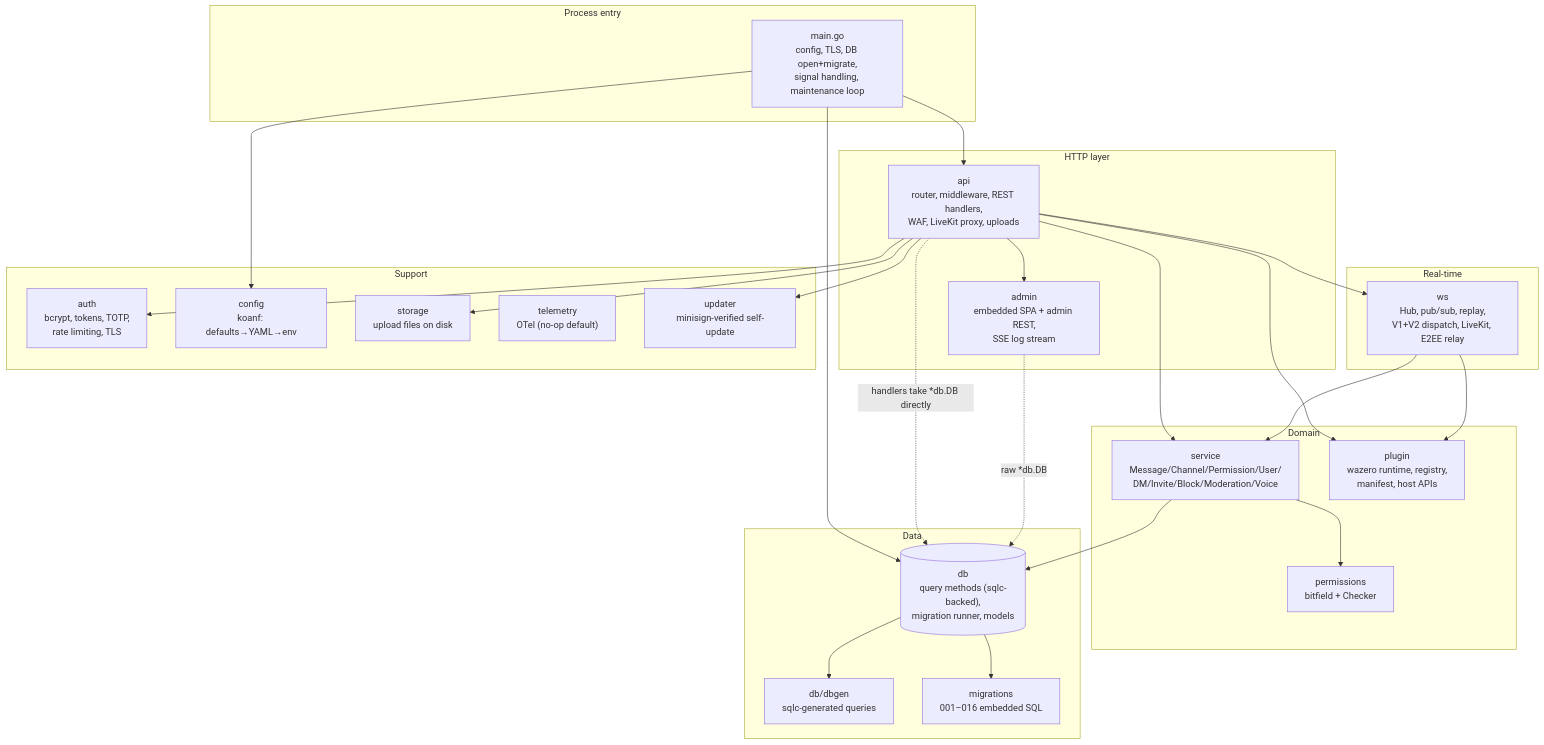
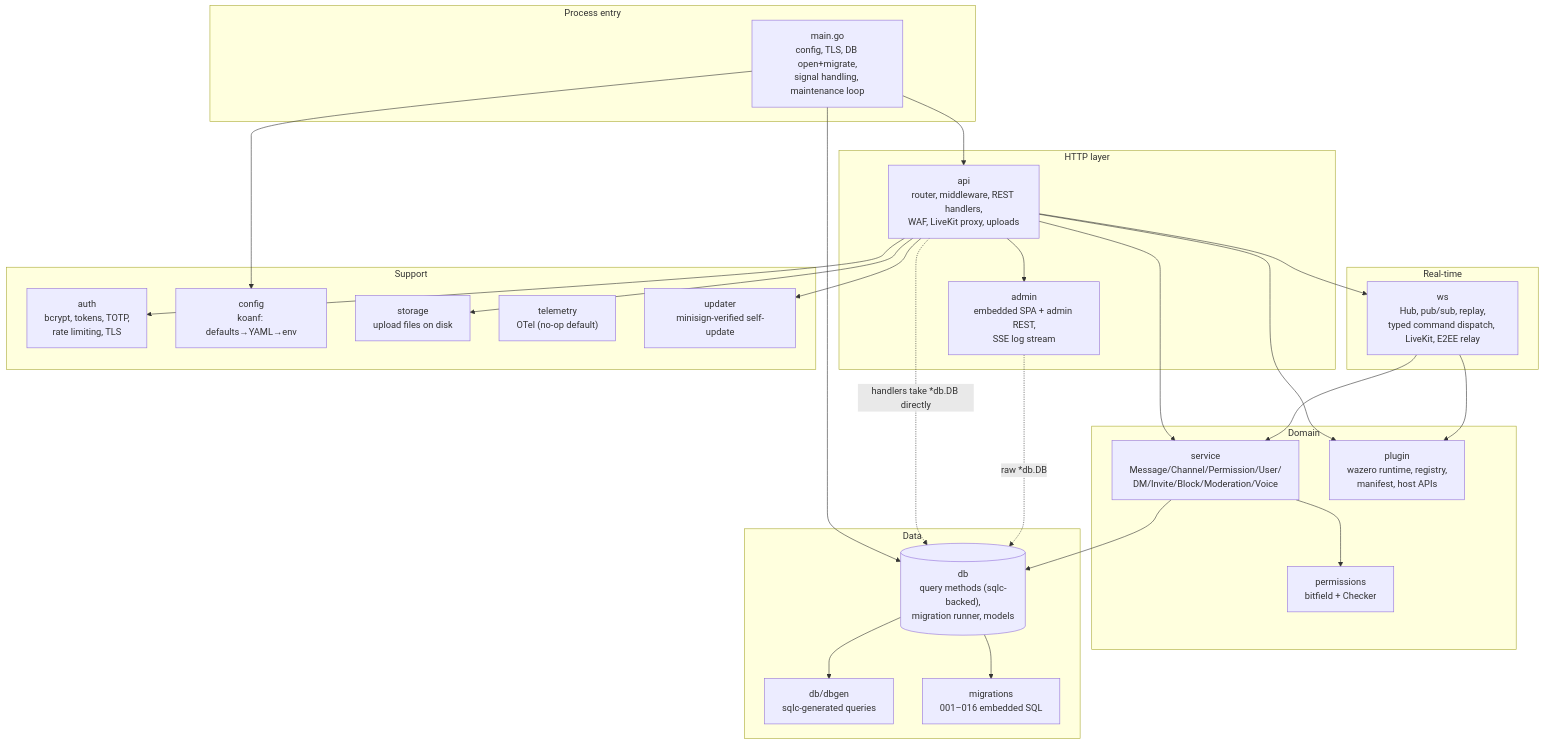
The first of 2 diagrams in docs/architecture/server.md (J3vb/OwnCord), drawn with Mermaid before and after one commit. The commit also changed 5 other files, not shown here.

````diff
--- a/docs/architecture/server.md
+++ b/docs/architecture/server.md
@@ -12,56 +12,56 @@
 ```mermaid
 flowchart TB
     subgraph entry ["Process entry"]
         MAIN["main.go<br/>config, TLS, DB open+migrate,<br/>signal handling, maintenance loop"]
     end
 
     subgraph http ["HTTP layer"]
         API["api<br/>router, middleware, REST handlers,<br/>WAF, LiveKit proxy, uploads"]
         ADMIN["admin<br/>embedded SPA + admin REST,<br/>SSE log stream"]
     end
 
     subgraph realtime ["Real-time"]
-        WS["ws<br/>Hub, pub/sub, replay,<br/>V1+V2 dispatch, LiveKit, E2EE relay"]
+        WS["ws<br/>Hub, pub/sub, replay,<br/>typed command dispatch, LiveKit, E2EE relay"]
     end
 
     subgraph domain ["Domain"]
         SVC["service<br/>Message/Channel/Permission/User/<br/>DM/Invite/Block/Moderation/Voice"]
         PERM["permissions<br/>bitfield + Checker"]
         PLUGIN["plugin<br/>wazero runtime, registry,<br/>manifest, host APIs"]
     end
 
     subgraph data ["Data"]
         DB[("db<br/>query methods (sqlc-backed),<br/>migration runner, models")]
         DBGEN["db/dbgen<br/>sqlc-generated queries"]
         MIG["migrations<br/>001–016 embedded SQL"]
     end
 
     subgraph support ["Support"]
         AUTH["auth<br/>bcrypt, tokens, TOTP,<br/>rate limiting, TLS"]
         CFG["config<br/>koanf: defaults→YAML→env"]
         STORAGE["storage<br/>upload files on disk"]
         TEL["telemetry<br/>OTel (no-op default)"]
         UPD["updater<br/>minisign-verified self-update"]
     end
 
     MAIN --> CFG
     MAIN --> API
     MAIN --> DB
     API --> ADMIN
     API --> WS
     API --> SVC
     API --> AUTH
     API --> STORAGE
     API --> UPD
     API --> PLUGIN
     SVC --> DB
     SVC --> PERM
     DB --> DBGEN
     DB --> MIG
     WS --> SVC
     WS --> PLUGIN
 
     %% Residual layering seam (dashed): raw *db.DB used above the service layer
     API -.->|"handlers take *db.DB directly"| DB
     ADMIN -.->|"raw *db.DB"| DB
 ```
````
